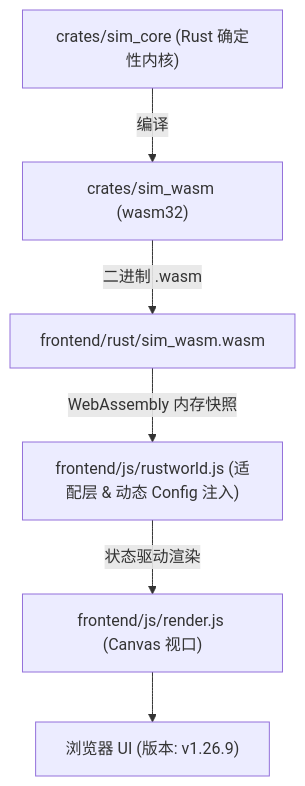
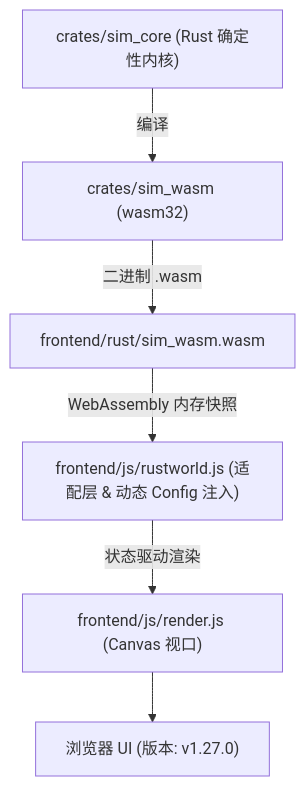
Before and after one commit to g39088902/FlowAndAccord: the diagram in AGENTS.md, drawn with Mermaid. The commit also changed other lines of this file and 45 other files, not shown here.

````diff
--- a/AGENTS.md
+++ b/AGENTS.md
@@ -51,8 +51,8 @@
 ```mermaid
 graph TD
     A["crates/sim_core (Rust 确定性内核)"] -->|编译| B["crates/sim_wasm (wasm32)"]
     B -->|二进制 .wasm| C["frontend/rust/sim_wasm.wasm"]
     C -->|WebAssembly 内存快照| D["frontend/js/rustworld.js (适配层 & 动态 Config 注入)"]
     D -->|状态驱动渲染| E["frontend/js/render.js (Canvas 视口)"]
-    E --> F["浏览器 UI (版本: v1.26.9)"]
+    E --> F["浏览器 UI (版本: v1.27.0)"]
 ```
````
